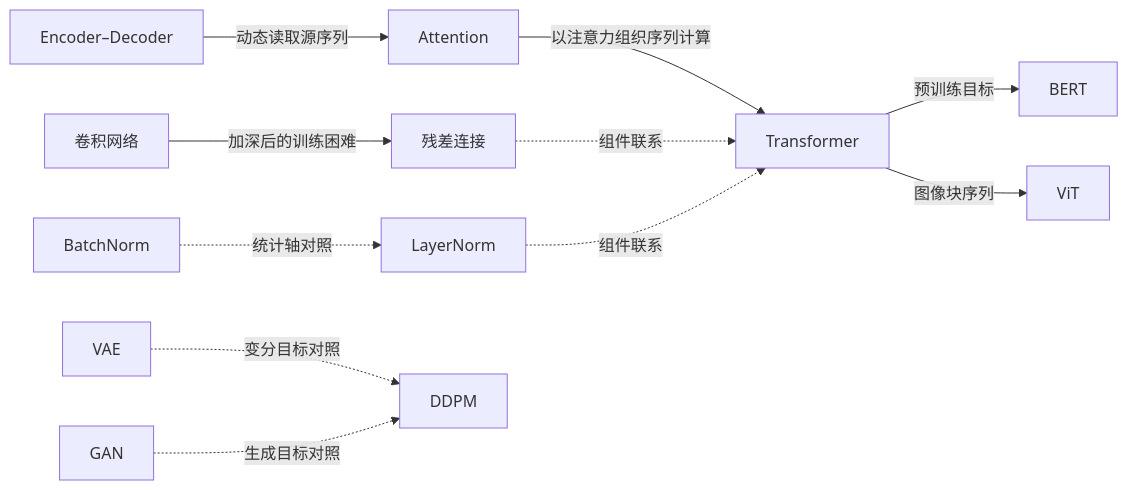
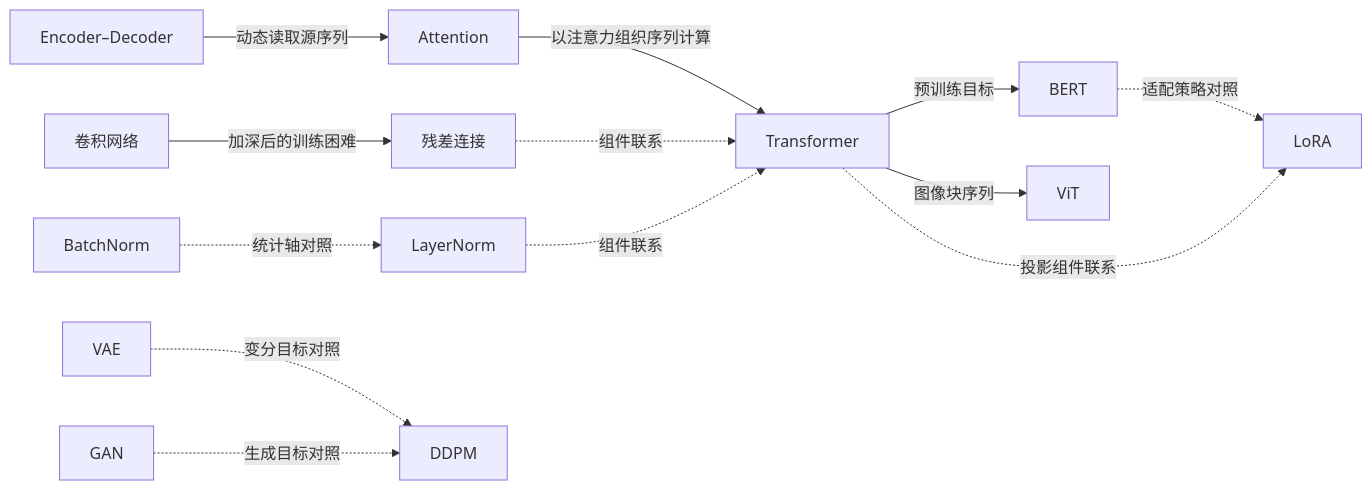
Before and after one commit to RayXBuilds/Deep-Learning-Papers-Reading-Roadmap: the diagram in docs/connections.md, drawn with Mermaid. The commit also changed other lines of this file and 17 other files, not shown here.

````diff
--- a/docs/connections.md
+++ b/docs/connections.md
@@ -28,13 +29,15 @@
 ```mermaid
 flowchart LR
   CNN[卷积网络] -->|加深后的训练困难| ResNet[残差连接]
   BN[BatchNorm] -.统计轴对照.-> LN[LayerNorm]
   Seq[Encoder–Decoder] -->|动态读取源序列| Attn[Attention]
   Attn -->|以注意力组织序列计算| TF[Transformer]
   ResNet -.组件联系.-> TF
   LN -.组件联系.-> TF
   TF -->|预训练目标| BERT[BERT]
+  BERT -.适配策略对照.-> LoRA[LoRA]
+  TF -.投影组件联系.-> LoRA
   TF -->|图像块序列| ViT[ViT]
   VAE[VAE] -.变分目标对照.-> DDPM[DDPM]
   GAN[GAN] -.生成目标对照.-> DDPM
 ```
````
